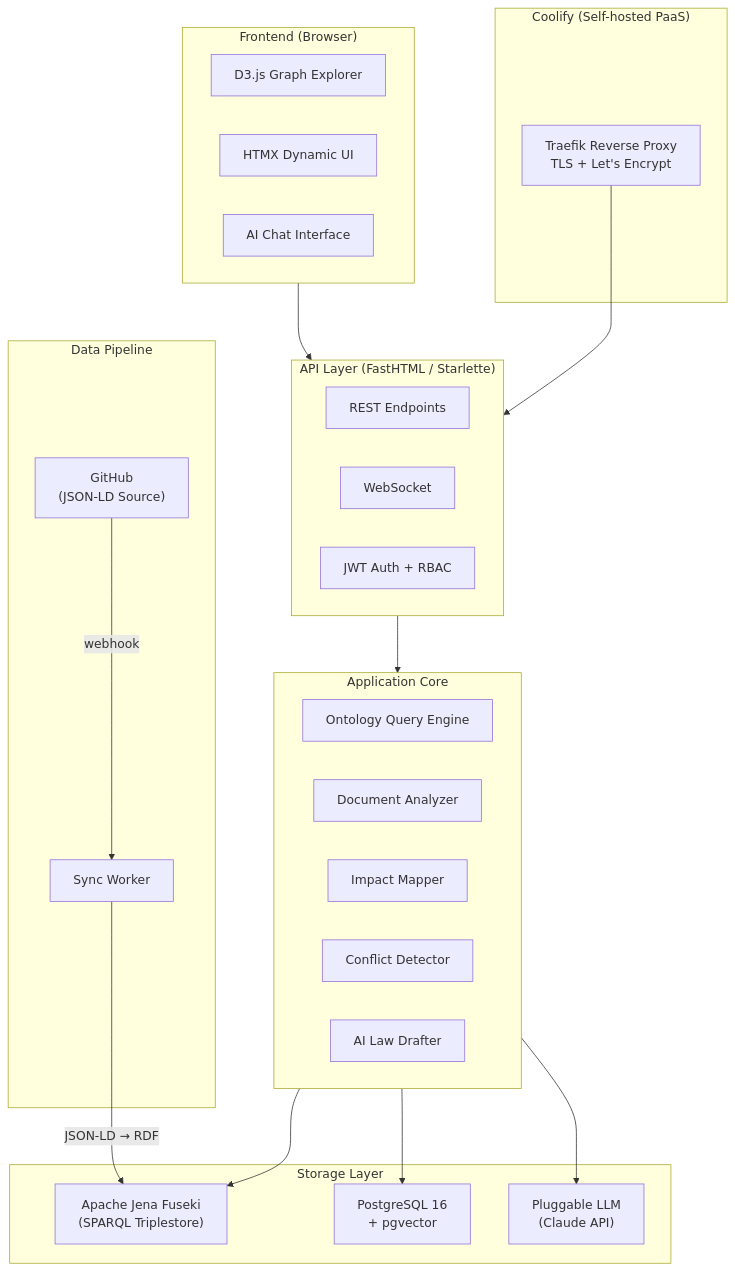
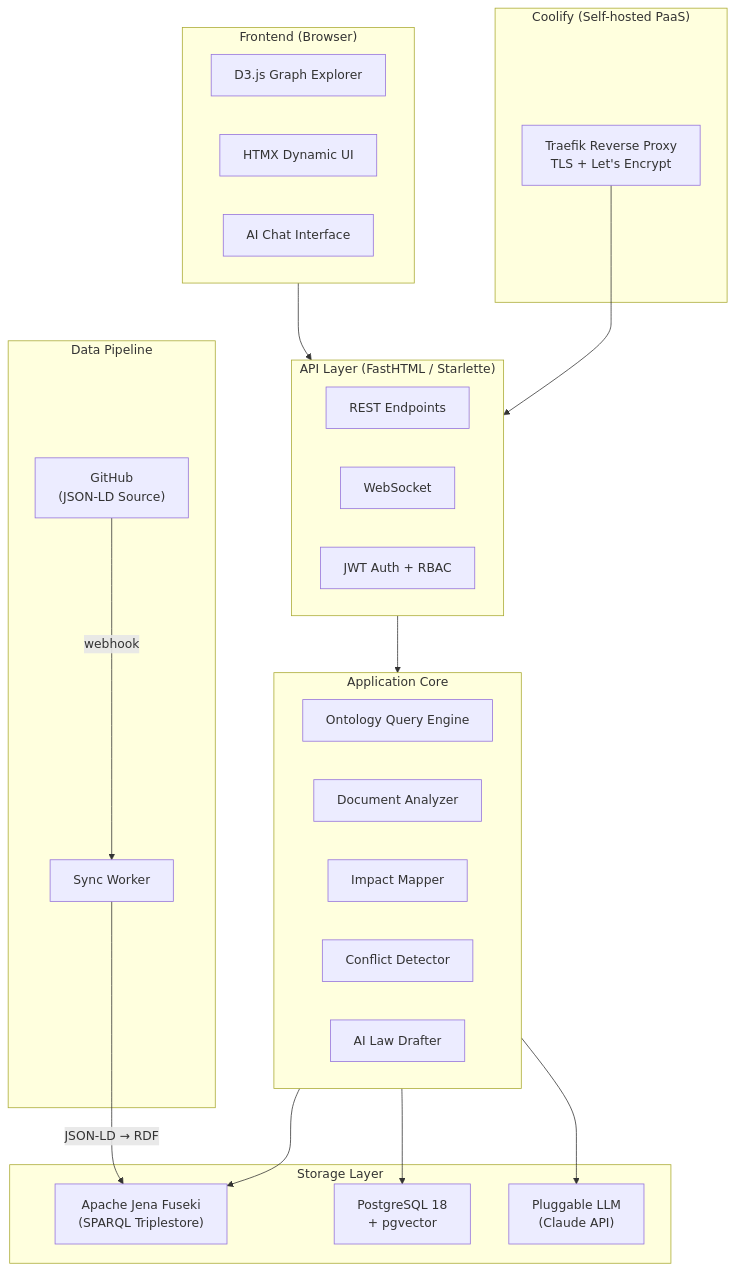
Before and after one commit to henrikaavik/Seadusloome: the first of 6 diagrams in README.md, drawn with Mermaid. The commit also changed other lines of this file and 18 other files, not shown here.

````diff
--- a/README.md
+++ b/README.md
@@ -21,47 +21,47 @@
 ```mermaid
 graph TB
     subgraph Frontend["Frontend (Browser)"]
         D3["D3.js Graph Explorer"]
         HTMX["HTMX Dynamic UI"]
         Chat["AI Chat Interface"]
     end
 
     subgraph API["API Layer (FastHTML / Starlette)"]
         REST["REST Endpoints"]
         WS["WebSocket"]
         Auth["JWT Auth + RBAC"]
     end
 
     subgraph Core["Application Core"]
         QE["Ontology Query Engine"]
         DA["Document Analyzer"]
         IM["Impact Mapper"]
         CD["Conflict Detector"]
         LD["AI Law Drafter"]
     end
 
     subgraph Storage["Storage Layer"]
         Jena["Apache Jena Fuseki\n(SPARQL Triplestore)"]
-        PG["PostgreSQL 16\n+ pgvector"]
+        PG["PostgreSQL 18\n+ pgvector"]
         LLM["Pluggable LLM\n(Claude API)"]
     end
 
     subgraph Pipeline["Data Pipeline"]
         GH["GitHub\n(JSON-LD Source)"]
         Sync["Sync Worker"]
     end
 
     Frontend --> API
     API --> Core
     Core --> Jena
     Core --> PG
     Core --> LLM
     GH -->|webhook| Sync
     Sync -->|"JSON-LD → RDF"| Jena
 
     subgraph Deployment["Coolify (Self-hosted PaaS)"]
         Traefik["Traefik Reverse Proxy\nTLS + Let's Encrypt"]
     end
 
     Traefik --> API
 ```
````
